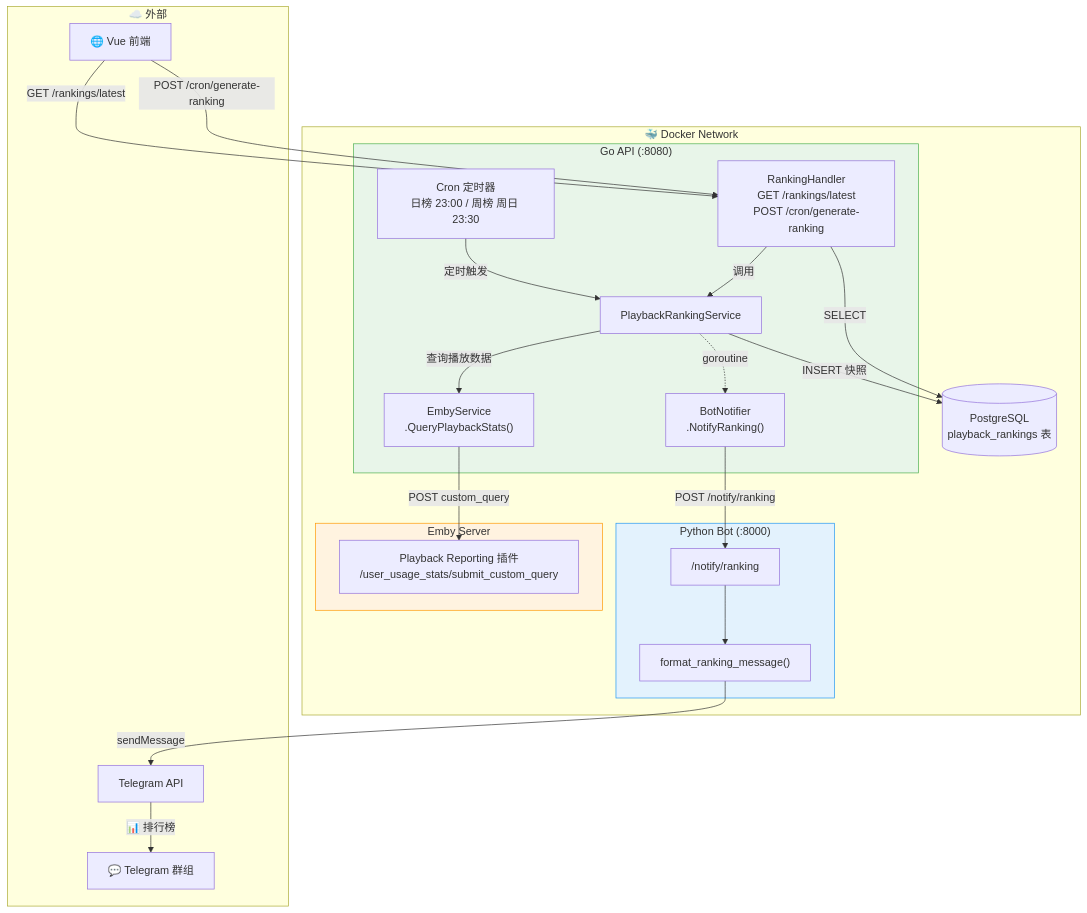
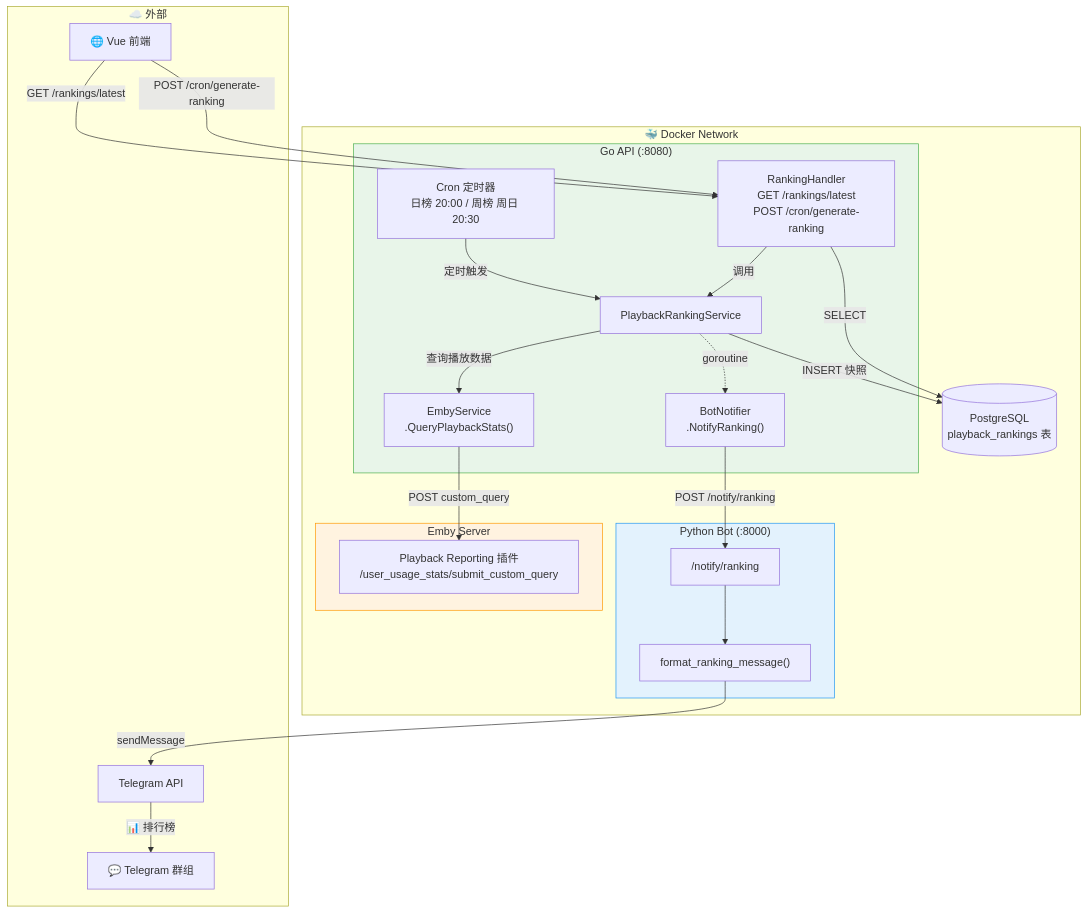
The second of 2 diagrams in docs/plan/playback-ranking.md (konghanghang/ember), drawn with Mermaid before and after one commit. The commit also changed other lines of this file and 1 other file, not shown here.

````diff
--- a/docs/plan/playback-ranking.md
+++ b/docs/plan/playback-ranking.md
@@ -73,52 +73,52 @@
 ```mermaid
 graph TB
     subgraph Docker["🐳 Docker Network"]
         subgraph APIService["Go API (:8080)"]
-            CRON["Cron 定时器<br/>日榜 23:00 / 周榜 周日 23:30"]
+            CRON["Cron 定时器<br/>日榜 20:00 / 周榜 周日 20:30"]
             RANKING_SVC["PlaybackRankingService"]
             EMBY_SVC["EmbyService<br/>.QueryPlaybackStats()"]
             NOTIFIER["BotNotifier<br/>.NotifyRanking()"]
             HANDLER["RankingHandler<br/>GET /rankings/latest<br/>POST /cron/generate-ranking"]
         end
 
         subgraph BotService["Python Bot (:8000)"]
             NOTIFY_EP["/notify/ranking"]
             FORMATTER["format_ranking_message()"]
         end
 
         subgraph EmbyServer["Emby Server"]
             PLUGIN["Playback Reporting 插件<br/>/user_usage_stats/submit_custom_query"]
         end
 
         DB[("PostgreSQL<br/>playback_rankings 表")]
     end
 
     subgraph External["☁️ 外部"]
         TG["Telegram API"]
         GROUP["💬 Telegram 群组"]
         WEB["🌐 Vue 前端"]
     end
 
     %% Cron 触发
     CRON -->|"定时触发"| RANKING_SVC
     RANKING_SVC -->|"查询播放数据"| EMBY_SVC
     EMBY_SVC -->|"POST custom_query"| PLUGIN
     RANKING_SVC -->|"INSERT 快照"| DB
     RANKING_SVC -.->|"goroutine"| NOTIFIER
     NOTIFIER -->|"POST /notify/ranking"| NOTIFY_EP
     NOTIFY_EP --> FORMATTER
     FORMATTER -->|"sendMessage"| TG
     TG -->|"📊 排行榜"| GROUP
 
     %% 前端查询
     WEB -->|"GET /rankings/latest"| HANDLER
     HANDLER -->|"SELECT"| DB
 
     %% 管理员手动触发
     WEB -->|"POST /cron/generate-ranking"| HANDLER
     HANDLER -->|"调用"| RANKING_SVC
 
     style APIService fill:#e8f5e9,stroke:#4caf50
     style BotService fill:#e3f2fd,stroke:#2196f3
     style EmbyServer fill:#fff3e0,stroke:#ff9800
 ```
````
